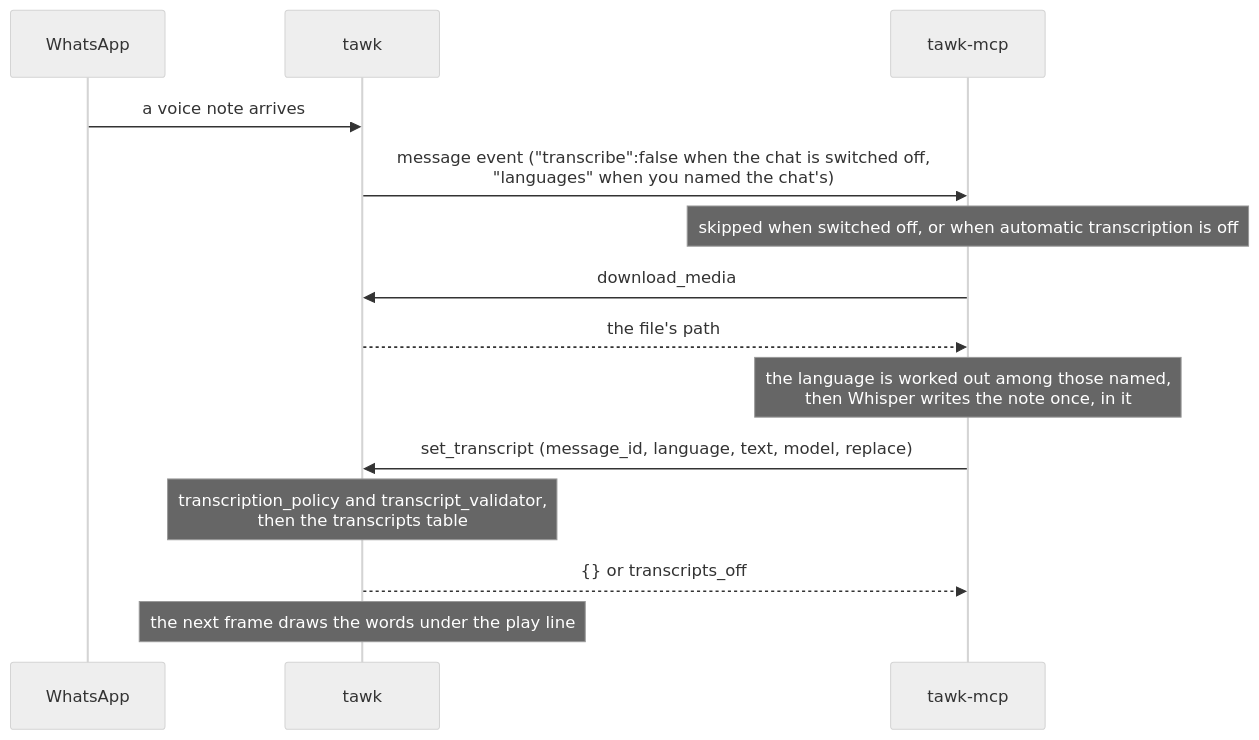
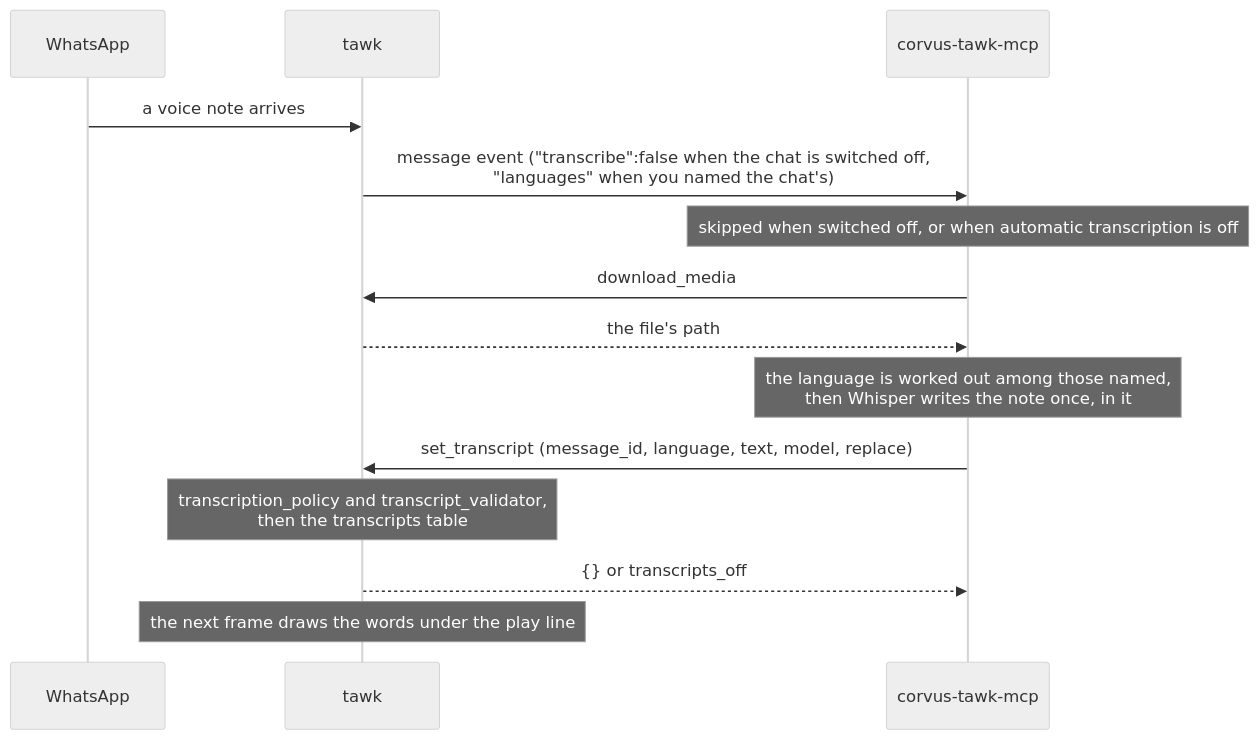
One commit to loganventer/Corvus.App.Terminal.Tawk changed diagram 16 of 27 in HOW_IT_WORKS.md. Above: the diagram before and after it, drawn with Mermaid (neutral theme). The commit also changed other lines of this file and 16 other files, not shown here.

First line of the commit message:
Update every document to corvus-tawk and the corvus/tawk folders

````diff
--- a/HOW_IT_WORKS.md
+++ b/HOW_IT_WORKS.md
@@ -680,16 +680,16 @@
 ```mermaid
 sequenceDiagram
     participant WA as WhatsApp
     participant T as tawk
-    participant M as tawk-mcp
+    participant M as corvus-tawk-mcp
     WA->>T: a voice note arrives
     T->>M: message event ("transcribe":false when the chat is switched off,<br/>"languages" when you named the chat's)
     Note over M: skipped when switched off, or when automatic transcription is off
     M->>T: download_media
     T-->>M: the file's path
     Note over M: the language is worked out among those named,<br/>then Whisper writes the note once, in it
     M->>T: set_transcript (message_id, language, text, model, replace)
     Note over T: transcription_policy and transcript_validator,<br/>then the transcripts table
     T-->>M: {} or transcripts_off
     Note over T: the next frame draws the words under the play line
 ```
````
